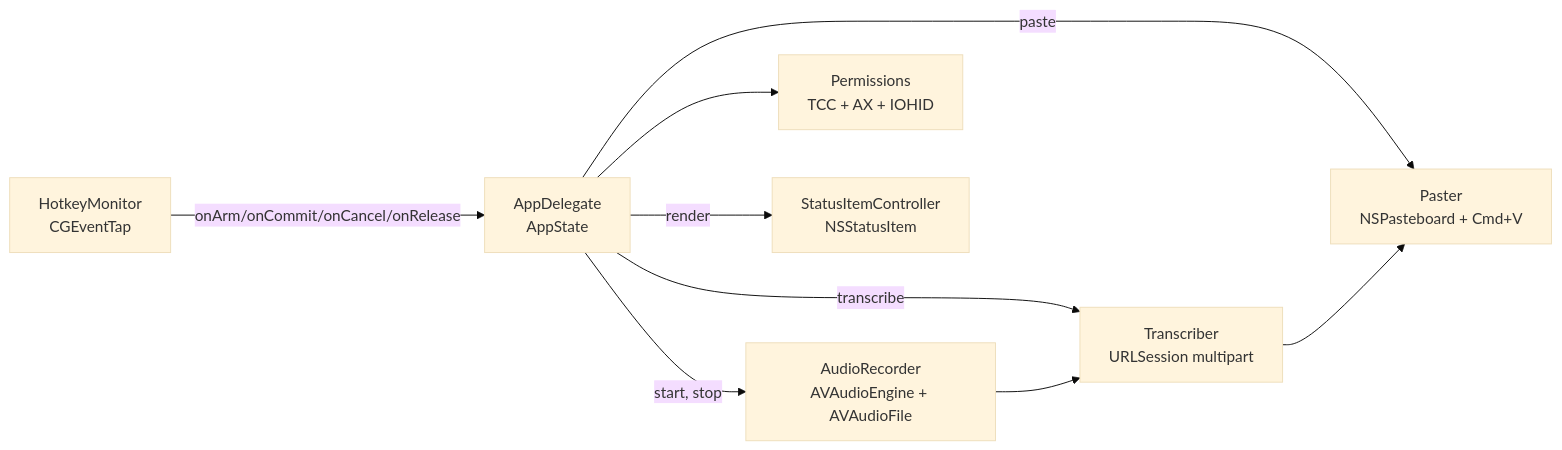
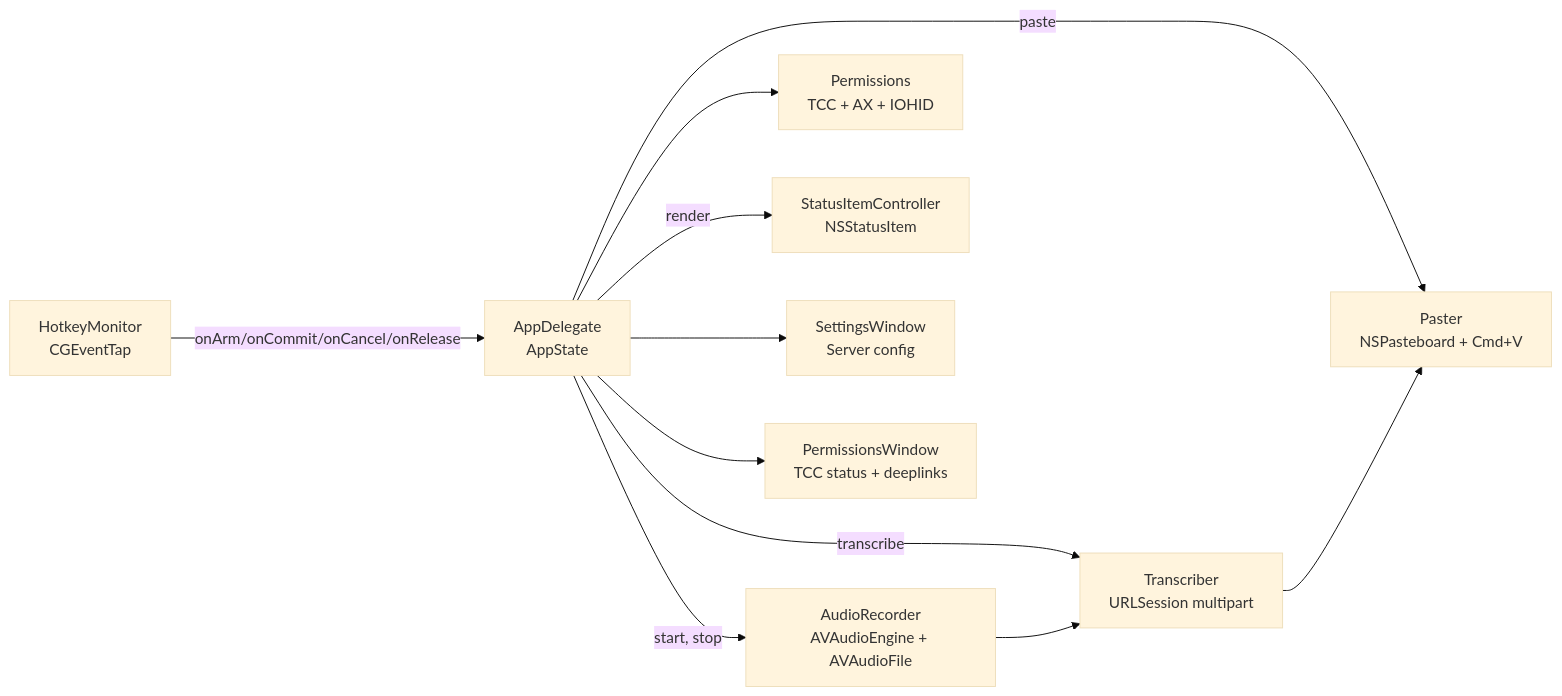
One commit to ssstonebraker/voicerider changed the third of 3 diagrams in README.md. Above: the diagram before and after it, drawn with Mermaid (base theme). The commit also changed other lines of this file, not shown here.

Commit message:
docs: update README with permissions window, correct test counts, simplify intro

````diff
--- a/README.md
+++ b/README.md
@@ -105,19 +121,23 @@
 ```mermaid
 graph LR
     HK[HotkeyMonitor<br/>CGEventTap]
     AR[AudioRecorder<br/>AVAudioEngine + AVAudioFile]
     TR[Transcriber<br/>URLSession multipart]
     PA[Paster<br/>NSPasteboard + Cmd+V]
     AD[AppDelegate<br/>AppState]
     PM[Permissions<br/>TCC + AX + IOHID]
     SI[StatusItemController<br/>NSStatusItem]
+    SW[SettingsWindow<br/>Server config]
+    PW[PermissionsWindow<br/>TCC status + deeplinks]
 
     HK -->|onArm/onCommit/onCancel/onRelease| AD
     AD -->|start, stop| AR
     AD -->|transcribe| TR
     AD -->|paste| PA
     AD -->|render| SI
     AD --> PM
+    AD --> SW
+    AD --> PW
     AR --> TR
     TR --> PA
 ```
````
